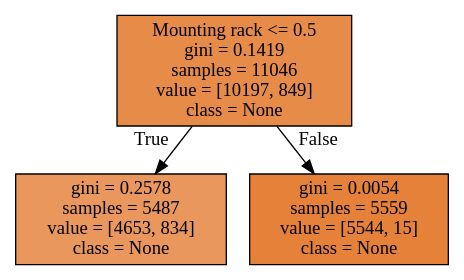
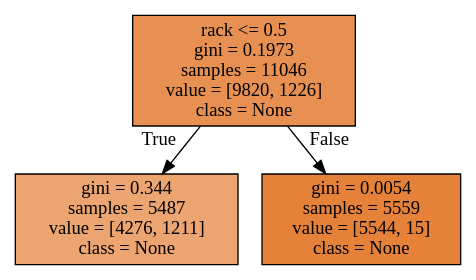
Before and after one commit to hackingmaterials/duramat: the diagram in degradation_modes/output/Cause Diode_J-box problem.dot, drawn with Graphviz. The commit also changed 22 other files, not shown here.

```diff
--- a/degradation_modes/output/Cause Diode_J-box problem.dot
+++ b/degradation_modes/output/Cause Diode_J-box problem.dot
@@ -1,8 +1,8 @@
 digraph Tree {
 node [shape=box, style="filled", color="black"] ;
-0 [label="Mounting rack <= 0.5\ngini = 0.1419\nsamples = 11046\nvalue = [10197, 849]\nclass = None", fillcolor="#e58139ea"] ;
-1 [label="gini = 0.2578\nsamples = 5487\nvalue = [4653, 834]\nclass = None", fillcolor="#e58139d1"] ;
+0 [label="rack <= 0.5\ngini = 0.1973\nsamples = 11046\nvalue = [9820, 1226]\nclass = None", fillcolor="#e58139df"] ;
+1 [label="gini = 0.344\nsamples = 5487\nvalue = [4276, 1211]\nclass = None", fillcolor="#e58139b7"] ;
 0 -> 1 [labeldistance=2.5, labelangle=45, headlabel="True"] ;
 2 [label="gini = 0.0054\nsamples = 5559\nvalue = [5544, 15]\nclass = None", fillcolor="#e58139fe"] ;
 0 -> 2 [labeldistance=2.5, labelangle=-45, headlabel="False"] ;
 }
```
